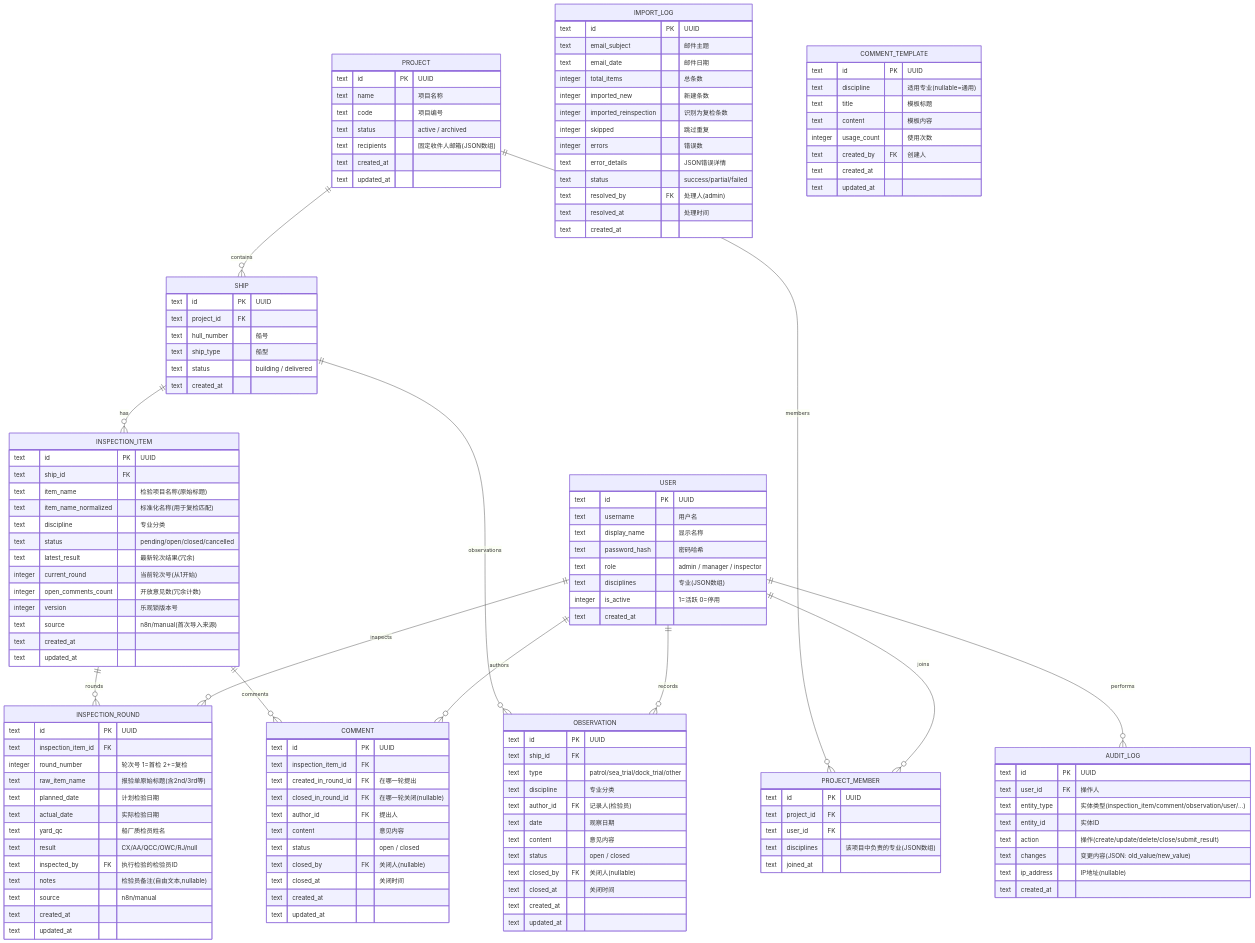
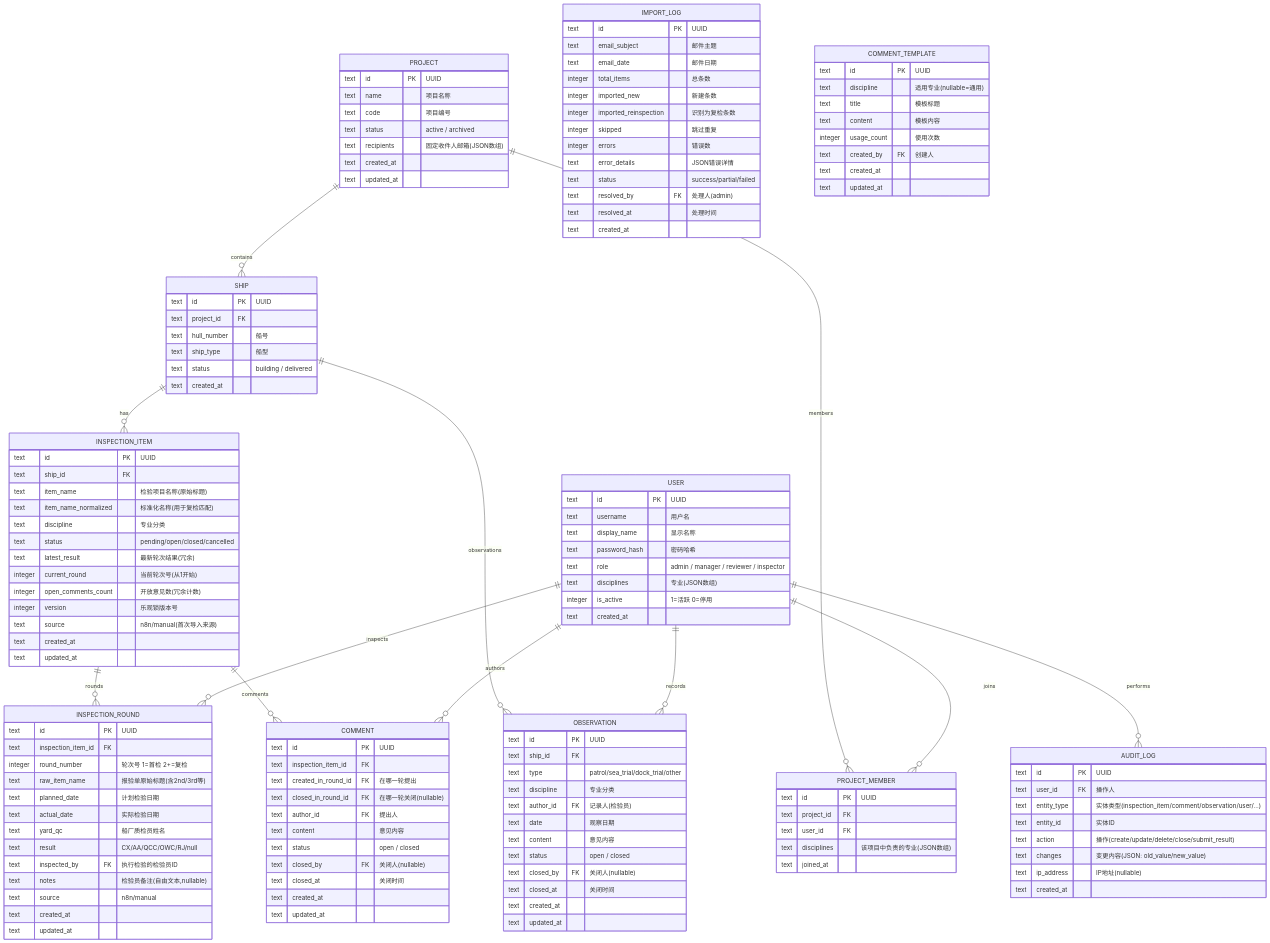
Before and after one commit to xingkaijun/nbins: the fourth of 6 diagrams in docs/architecture.md, drawn with Mermaid. The commit also changed other lines of this file and 3 other files, not shown here.

```diff
--- a/docs/architecture.md
+++ b/docs/architecture.md
@@ -174,7 +174,7 @@
         text username "用户名"
         text display_name "显示名称"
         text password_hash "密码哈希"
-        text role "admin / manager / inspector"
+        text role "admin / manager / reviewer / inspector"
         text disciplines "专业(JSON数组)"
         integer is_active "1=活跃 0=停用"
         text created_at
```
